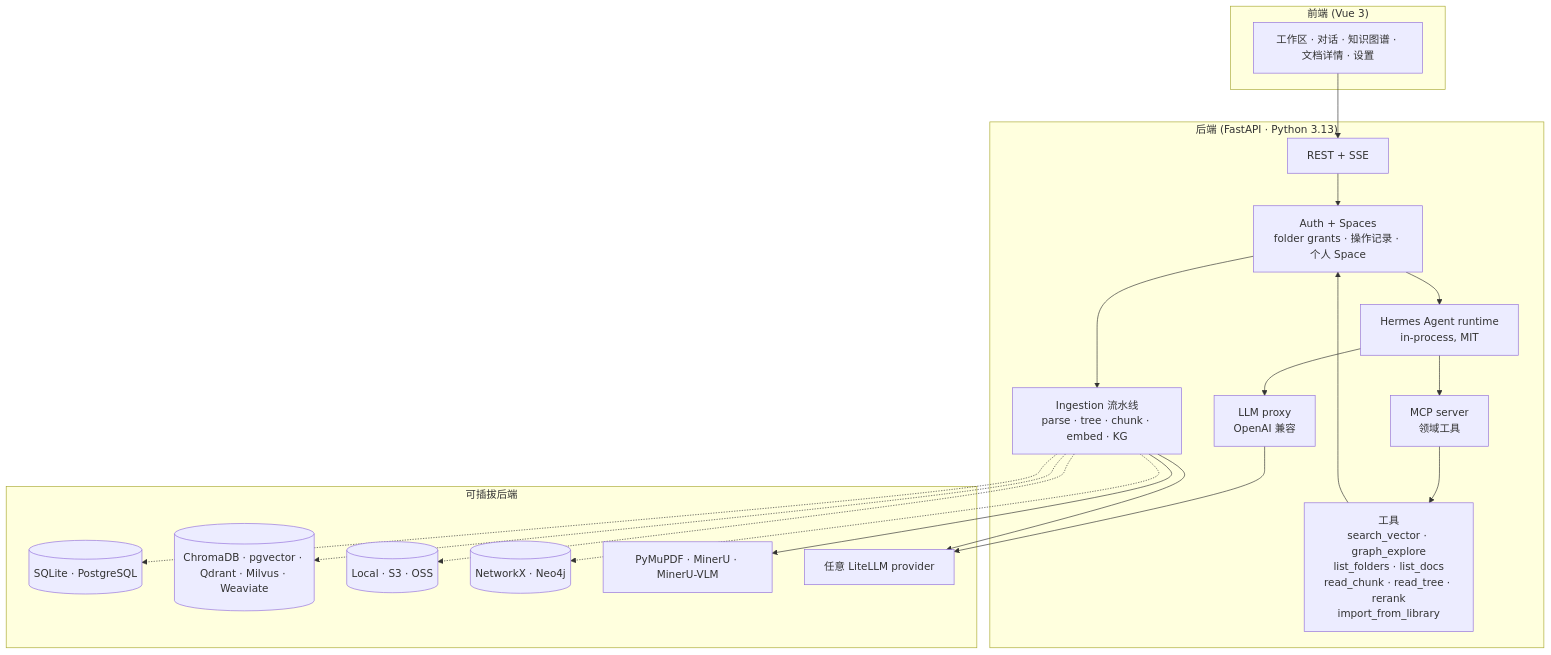
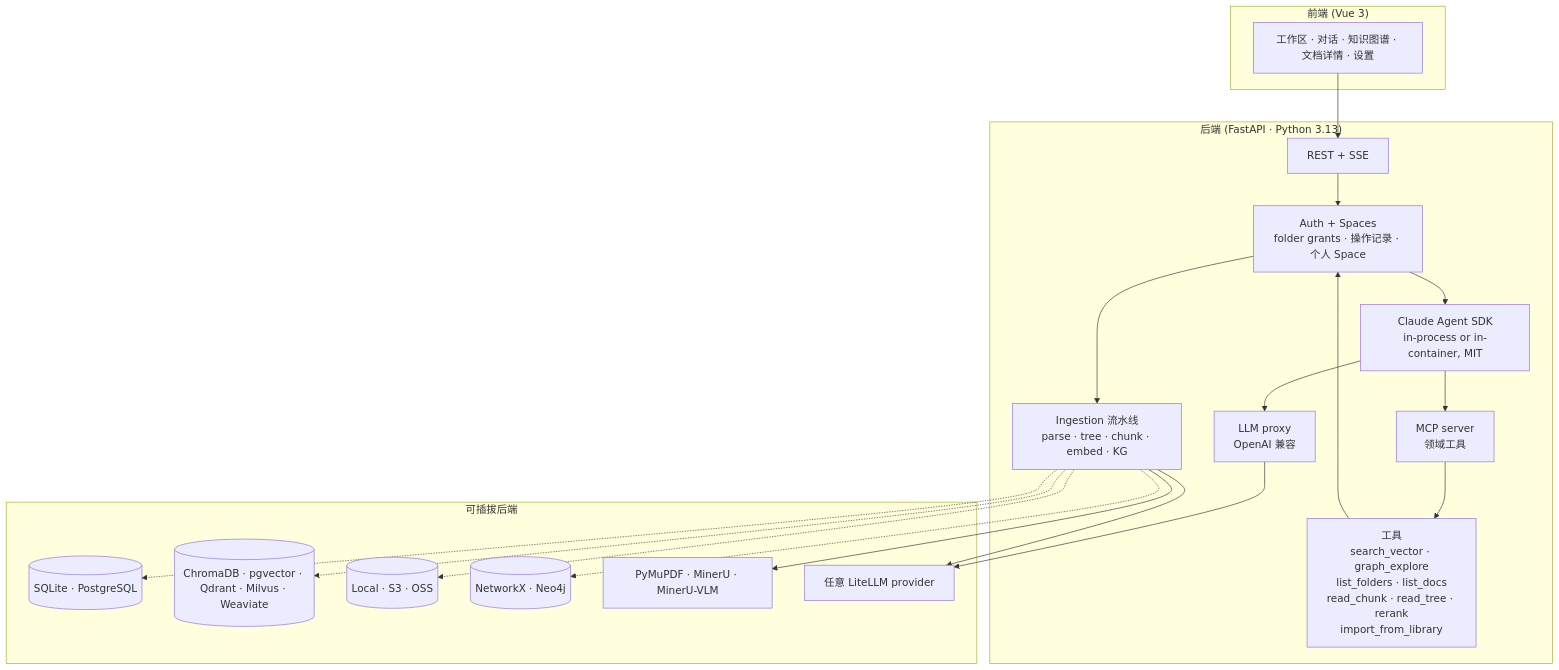
The second of 2 diagrams in README_CN.md (deeplethe/ForgeRAG), drawn with Mermaid before and after one commit. The commit also changed other lines of this file and 2 other files, not shown here.

First line of the commit message:
phase2(C-6): docs flip — slogan B1 + sober Highlights + retire Hermes references

````diff
--- a/README_CN.md
+++ b/README_CN.md
@@ -176,35 +177,35 @@
 ```mermaid
 flowchart TB
     subgraph "前端 (Vue 3)"
         UI[工作区 · 对话 · 知识图谱 · 文档详情 · 设置]
     end
     subgraph "后端 (FastAPI · Python 3.13)"
         API[REST + SSE]
-        AGENT[Hermes Agent runtime<br/>in-process, MIT]
+        AGENT[Claude Agent SDK<br/>in-process or in-container, MIT]
         MCP[MCP server<br/>领域工具]
         LLMP[LLM proxy<br/>OpenAI 兼容]
         ING[Ingestion 流水线<br/>parse · tree · chunk · embed · KG]
         TOOLS[工具<br/>search_vector · graph_explore<br/>list_folders · list_docs<br/>read_chunk · read_tree · rerank<br/>import_from_library]
         AUTH[Auth + Spaces<br/>folder grants · 操作记录 · 个人 Space]
     end
     subgraph "可插拔后端"
         REL[(SQLite · PostgreSQL)]
         VEC[(ChromaDB · pgvector · Qdrant · Milvus · Weaviate)]
         BLOB[(Local · S3 · OSS)]
         KGS[(NetworkX · Neo4j)]
         PARSE[PyMuPDF · MinerU · MinerU-VLM]
         LLM[任意 LiteLLM provider]
     end
     UI --> API
     API --> AUTH
     AUTH --> AGENT
     AUTH --> ING
     AGENT --> MCP
     AGENT --> LLMP
     MCP --> TOOLS
     TOOLS --> AUTH
     LLMP --> LLM
     ING -.-> REL & VEC & BLOB & KGS
     ING --> PARSE
     ING --> LLM
 ```
````
